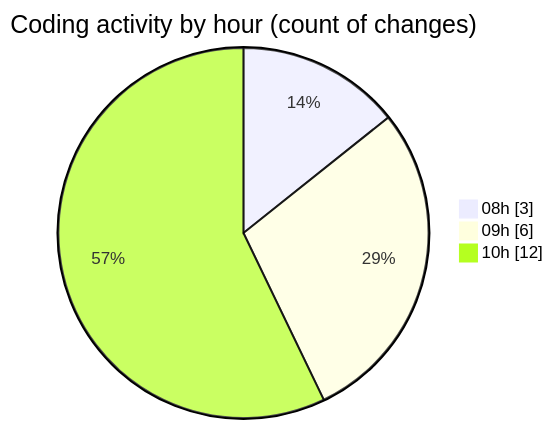
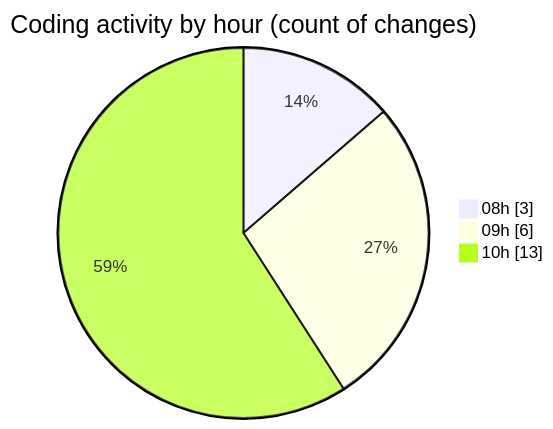
Before and after one commit to BS-eng2023/code-tracking: the second of 2 diagrams in 2025-04-01/jsvms/README.md, drawn with Mermaid. The commit also changed other lines of this file and 1 other file, not shown here.

````diff
--- a/2025-04-01/jsvms/README.md
+++ b/2025-04-01/jsvms/README.md
@@ -40,7 +40,7 @@
 ```mermaid
 pie showData
 title Coding activity by hour (count of changes)
 "08h" : 3
 "09h" : 6
-"10h" : 12
+"10h" : 13
 ```
````
